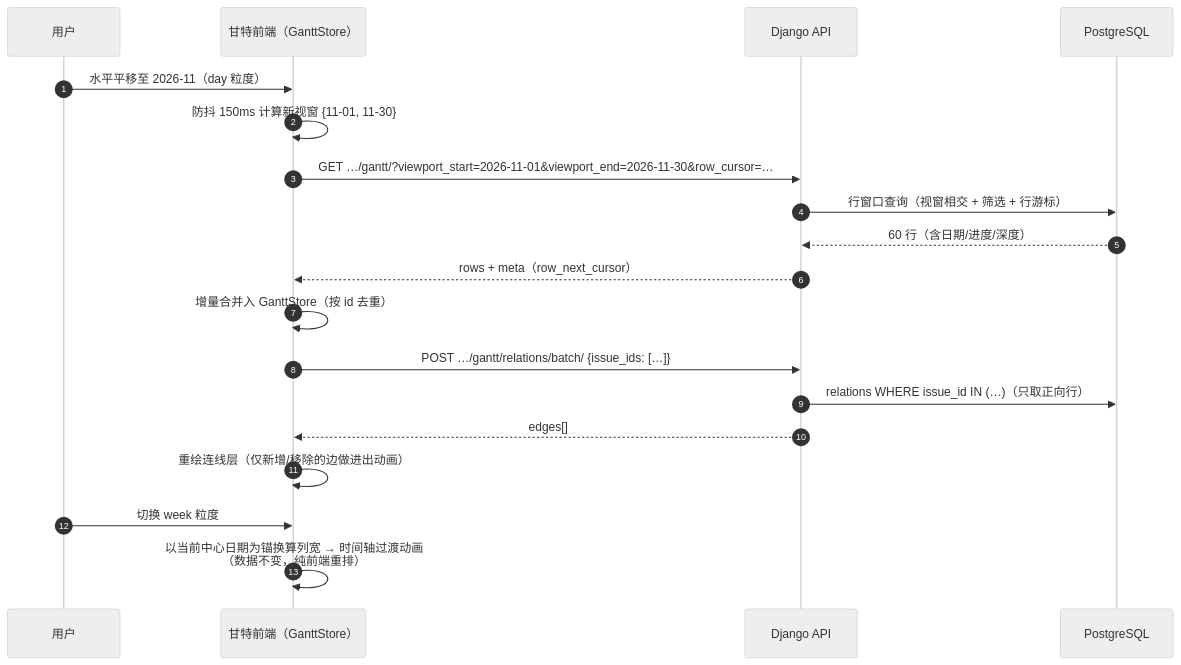
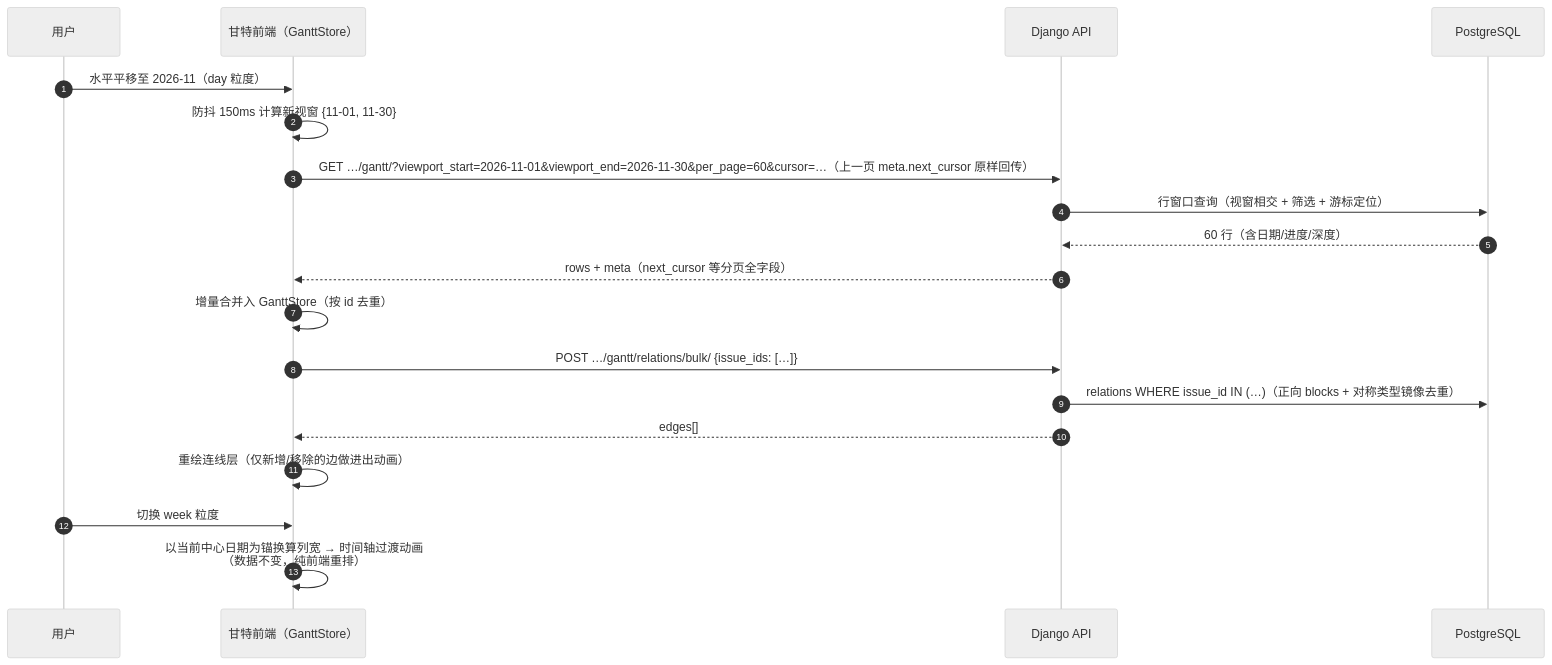
One commit to RabbitAI-Lab/RabbitProjects changed the third of 3 diagrams in docs/sprint-4-gantt-file/GANTT-001-gantt-core.md. Above: the diagram before and after it, drawn with Mermaid (neutral theme). The commit also changed other lines of this file and 6 other files, not shown here.

````diff
--- a/docs/sprint-4-gantt-file/GANTT-001-gantt-core.md
+++ b/docs/sprint-4-gantt-file/GANTT-001-gantt-core.md
@@ -130,22 +133,22 @@
 ```mermaid
 sequenceDiagram
     autonumber
     participant U as 用户
     participant FE as 甘特前端（GanttStore）
     participant API as Django API
     participant PG as PostgreSQL
 
     U->>FE: 水平平移至 2026-11（day 粒度）
     FE->>FE: 防抖 150ms 计算新视窗 {11-01, 11-30}
-    FE->>API: GET …/gantt/?viewport_start=2026-11-01&viewport_end=2026-11-30&row_cursor=…
-    API->>PG: 行窗口查询（视窗相交 + 筛选 + 行游标）
+    FE->>API: GET …/gantt/?viewport_start=2026-11-01&viewport_end=2026-11-30&per_page=60&cursor=…（上一页 meta.next_cursor 原样回传）
+    API->>PG: 行窗口查询（视窗相交 + 筛选 + 游标定位）
     PG-->>API: 60 行（含日期/进度/深度）
-    API-->>FE: rows + meta（row_next_cursor）
+    API-->>FE: rows + meta（next_cursor 等分页全字段）
     FE->>FE: 增量合并入 GanttStore（按 id 去重）
-    FE->>API: POST …/gantt/relations/batch/ {issue_ids: […]}
-    API->>PG: relations WHERE issue_id IN (…)（只取正向行）
+    FE->>API: POST …/gantt/relations/bulk/ {issue_ids: […]}
+    API->>PG: relations WHERE issue_id IN (…)（正向 blocks + 对称类型镜像去重）
     API-->>FE: edges[]
     FE->>FE: 重绘连线层（仅新增/移除的边做进出动画）
     U->>FE: 切换 week 粒度
     FE->>FE: 以当前中心日期为锚换算列宽 → 时间轴过渡动画<br/>（数据不变，纯前端重排）
 ```
````
